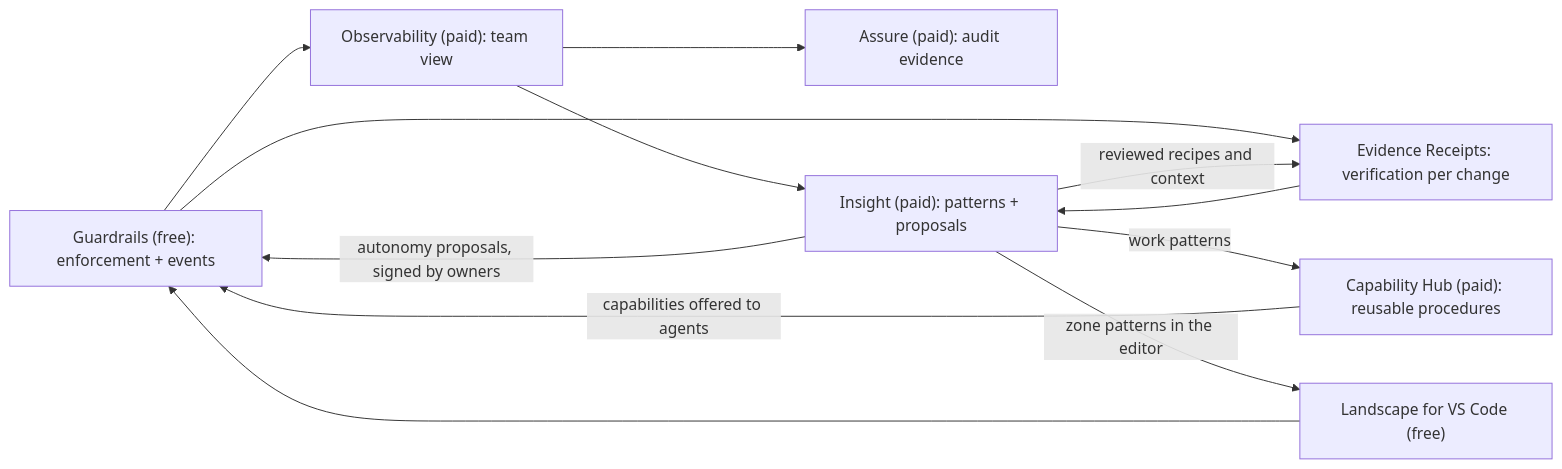
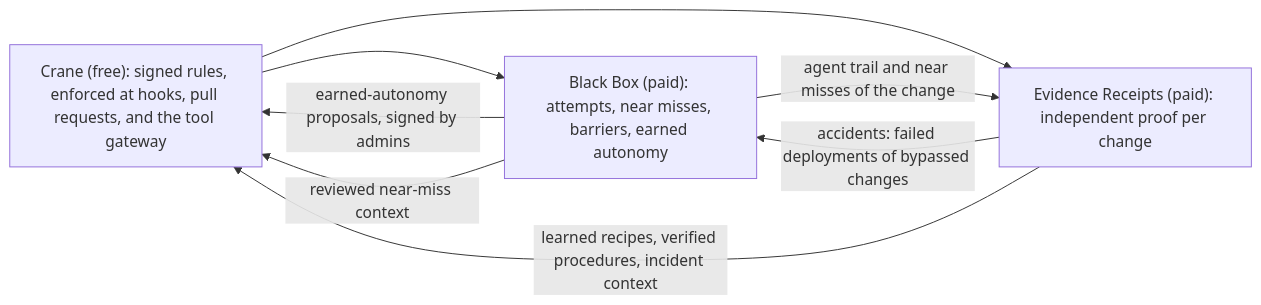
Before and after one commit to Landscape-Of-Agents/Landscape: the diagram in docs/PRODUCTS.md, drawn with Mermaid. The commit also changed other lines of this file and 4 other files, not shown here.

````diff
--- a/docs/PRODUCTS.md
+++ b/docs/PRODUCTS.md
@@ -355,14 +362,10 @@
 ```mermaid
 flowchart LR
-  G["Guardrails (free): enforcement + events"] --> O["Observability (paid): team view"]
-  G --> R["Evidence Receipts: verification per change"]
-  O --> A["Assure (paid): audit evidence"]
-  R --> I["Insight (paid): patterns + proposals"]
-  O --> I
-  I -->|"reviewed recipes and context"| R
-  I -->|"autonomy proposals, signed by owners"| G
-  I -->|"work patterns"| H["Capability Hub (paid): reusable procedures"]
-  H -->|"capabilities offered to agents"| G
-  E["Landscape for VS Code (free)"] --> G
-  I -->|"zone patterns in the editor"| E
+  C["Crane (free): signed rules, enforced at hooks, pull requests, and the tool gateway"] --> B["Black Box (paid): attempts, near misses, barriers, earned autonomy"]
+  C --> R["Evidence Receipts (paid): independent proof per change"]
+  B -->|"agent trail and near misses of the change"| R
+  R -->|"accidents: failed deployments of bypassed changes"| B
+  B -->|"earned-autonomy proposals, signed by admins"| C
+  B -->|"reviewed near-miss context"| C
+  R -->|"learned recipes, verified procedures, incident context"| C
 ```
````
